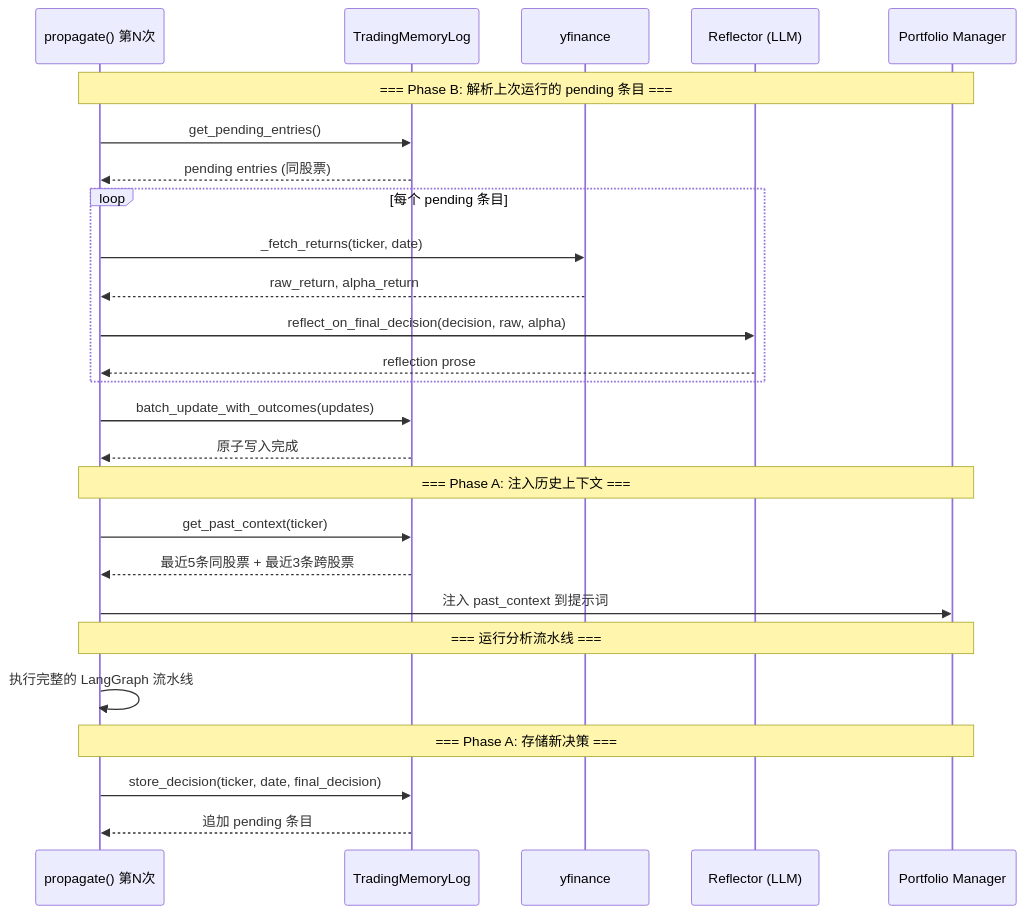
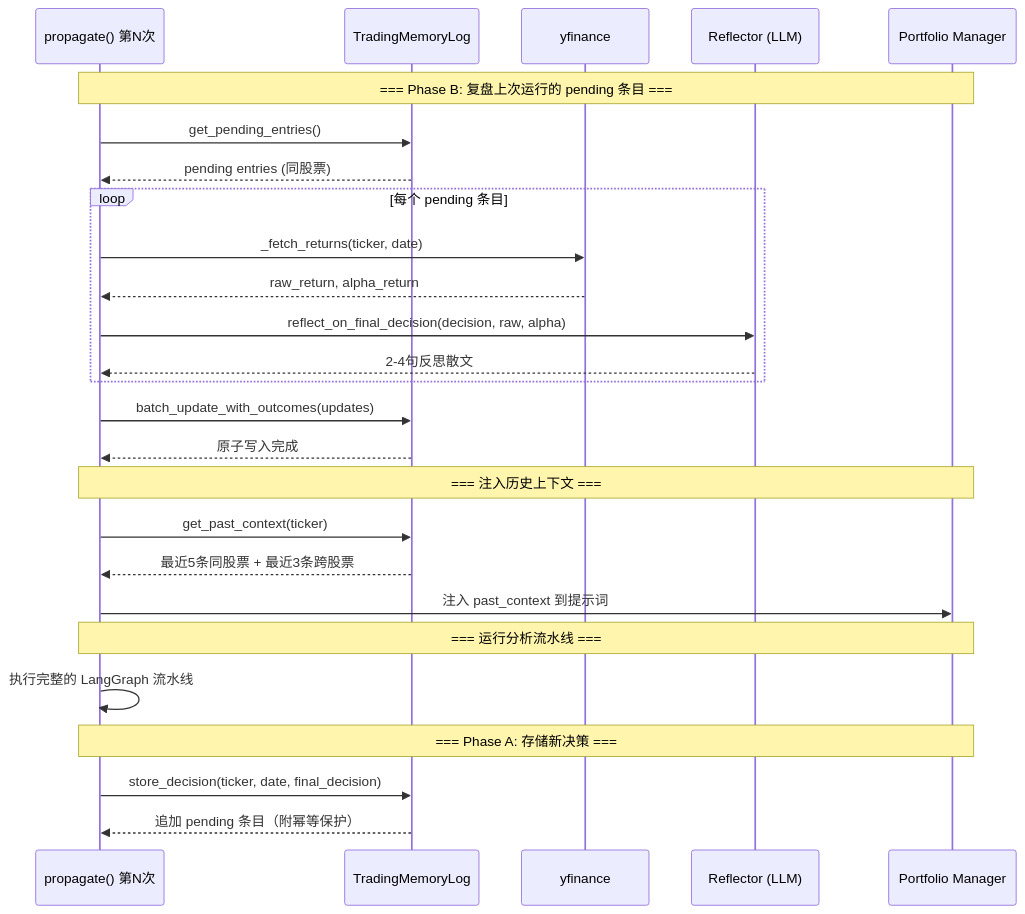
One commit to kindywu/TradingAgents changed diagram 14 of 16 in docs/架构设计文档.md. Above: the diagram before and after it, drawn with Mermaid. The commit also changed other lines of this file and 1 other file, not shown here.

````diff
--- a/docs/架构设计文档.md
+++ b/docs/架构设计文档.md
@@ -574,36 +599,36 @@
 ```mermaid
 sequenceDiagram
     participant Run as propagate() 第N次
     participant Mem as TradingMemoryLog
     participant YF as yfinance
     participant LLM as Reflector (LLM)
     participant PM as Portfolio Manager
 
-    Note over Run,PM: === Phase B: 解析上次运行的 pending 条目 ===
+    Note over Run,PM: === Phase B: 复盘上次运行的 pending 条目 ===
 
     Run->>Mem: get_pending_entries()
     Mem-->>Run: pending entries (同股票)
     loop 每个 pending 条目
         Run->>YF: _fetch_returns(ticker, date)
         YF-->>Run: raw_return, alpha_return
         Run->>LLM: reflect_on_final_decision(decision, raw, alpha)
-        LLM-->>Run: reflection prose
+        LLM-->>Run: 2-4句反思散文
     end
     Run->>Mem: batch_update_with_outcomes(updates)
     Mem-->>Run: 原子写入完成
 
-    Note over Run,PM: === Phase A: 注入历史上下文 ===
+    Note over Run,PM: === 注入历史上下文 ===
 
     Run->>Mem: get_past_context(ticker)
     Mem-->>Run: 最近5条同股票 + 最近3条跨股票
     Run->>PM: 注入 past_context 到提示词
 
     Note over Run,PM: === 运行分析流水线 ===
 
     Run->>Run: 执行完整的 LangGraph 流水线
 
     Note over Run,PM: === Phase A: 存储新决策 ===
 
     Run->>Mem: store_decision(ticker, date, final_decision)
-    Mem-->>Run: 追加 pending 条目
+    Mem-->>Run: 追加 pending 条目（附幂等保护）
 ```
````
